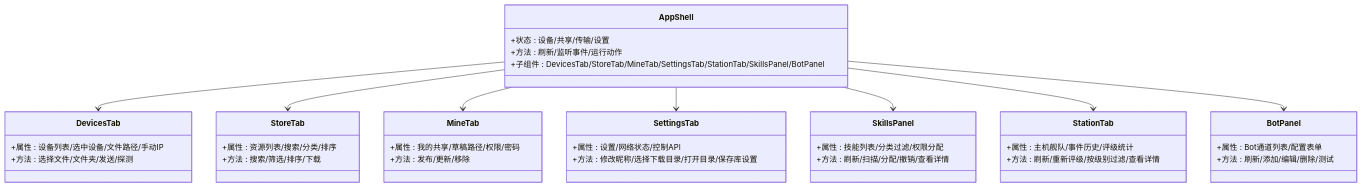
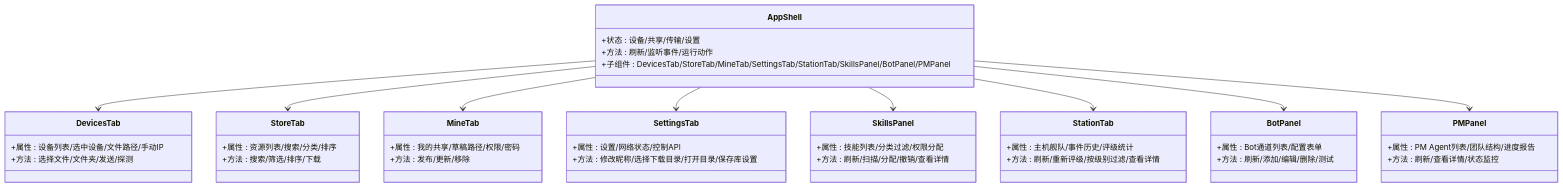
The third of 5 diagrams in .qoder/repowiki/zh/content/前端应用架构/前端应用架构.md (targalian/Personal-distributed-workstation), drawn with Mermaid before and after one commit. The commit also changed other lines of this file and 60 other files, not shown here.

````diff
--- a/.qoder/repowiki/zh/content/前端应用架构/前端应用架构.md
+++ b/.qoder/repowiki/zh/content/前端应用架构/前端应用架构.md
@@ -293,43 +332,48 @@
 ```mermaid
 classDiagram
 class AppShell {
 +状态 : 设备/共享/传输/设置
 +方法 : 刷新/监听事件/运行动作
-+子组件 : DevicesTab/StoreTab/MineTab/SettingsTab/StationTab/SkillsPanel/BotPanel
++子组件 : DevicesTab/StoreTab/MineTab/SettingsTab/StationTab/SkillsPanel/BotPanel/PMPanel
 }
 class DevicesTab {
 +属性 : 设备列表/选中设备/文件路径/手动IP
 +方法 : 选择文件/文件夹/发送/探测
 }
 class StoreTab {
 +属性 : 资源列表/搜索/分类/排序
 +方法 : 搜索/筛选/排序/下载
 }
 class MineTab {
 +属性 : 我的共享/草稿路径/权限/密码
 +方法 : 发布/更新/移除
 }
 class SettingsTab {
 +属性 : 设置/网络状态/控制API
 +方法 : 修改昵称/选择下载目录/打开目录/保存库设置
 }
 class SkillsPanel {
 +属性 : 技能列表/分类过滤/权限分配
 +方法 : 刷新/扫描/分配/撤销/查看详情
 }
 class StationTab {
 +属性 : 主机舰队/事件历史/评级统计
 +方法 : 刷新/重新评级/按级别过滤/查看详情
 }
 class BotPanel {
 +属性 : Bot通道列表/配置表单
 +方法 : 刷新/添加/编辑/删除/测试
 }
+class PMPanel {
++属性 : PM Agent列表/团队结构/进度报告
++方法 : 刷新/查看详情/状态监控
+}
 AppShell --> DevicesTab
 AppShell --> StoreTab
 AppShell --> MineTab
 AppShell --> SettingsTab
 AppShell --> SkillsPanel
 AppShell --> StationTab
 AppShell --> BotPanel
+AppShell --> PMPanel
 ```
````
